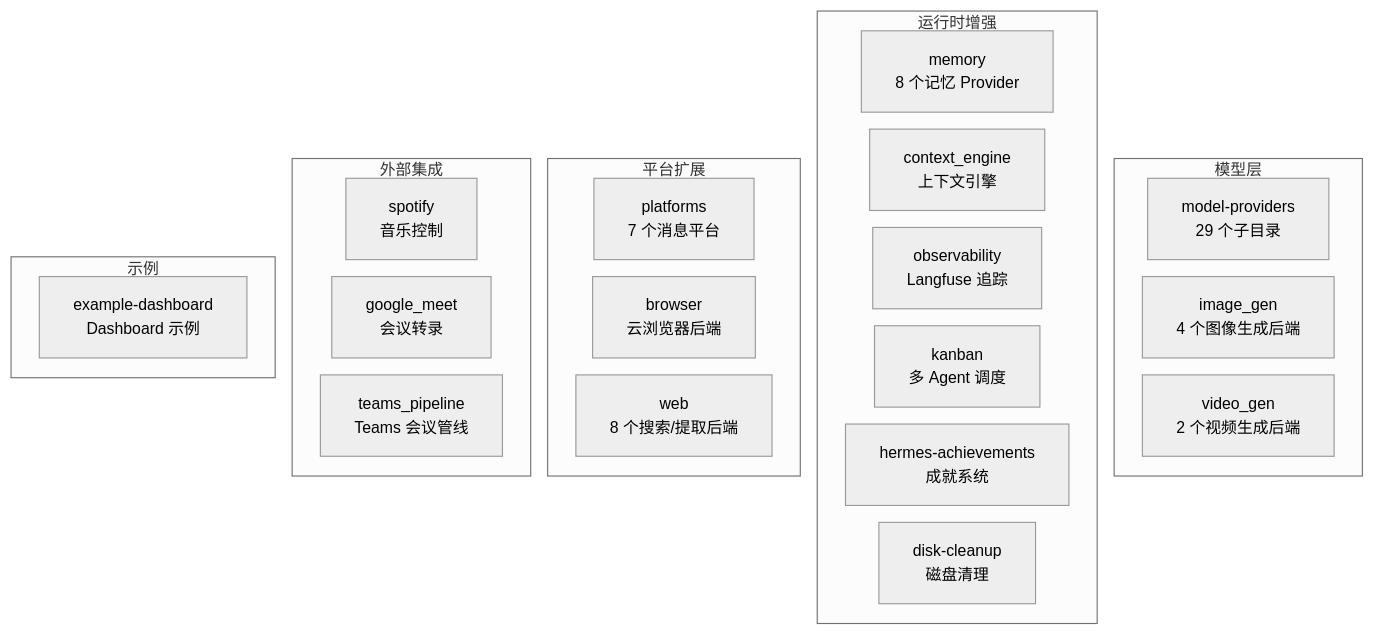
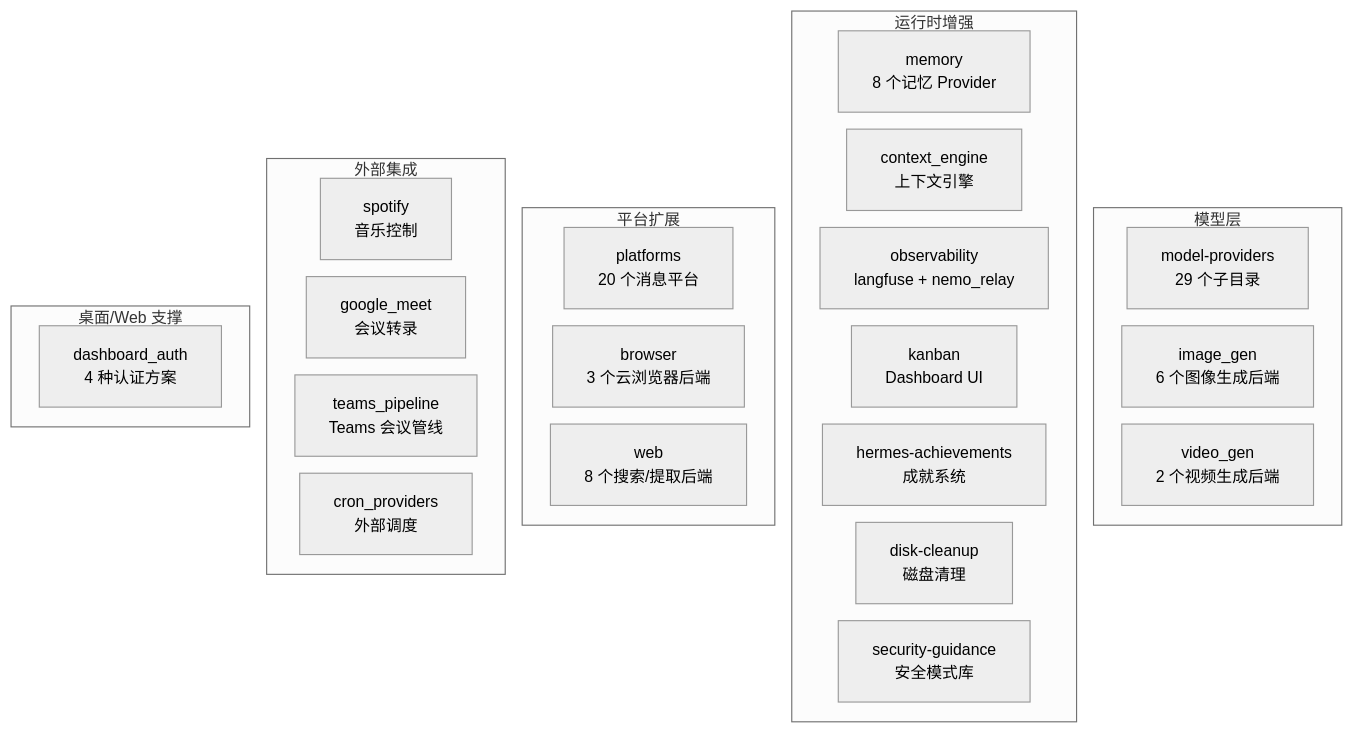
Before and after one commit to fang-lin/hermes-agent-code-analysis: the diagram in docs/zh/08-内置插件.md, drawn with Mermaid. The commit also changed other lines of this file and 6 other files, not shown here.

````diff
--- a/docs/zh/08-内置插件.md
+++ b/docs/zh/08-内置插件.md
@@ -18,30 +18,32 @@
 ```mermaid
 %%{init: {"theme": "neutral", "themeVariables": {"fontSize": "14px"}, "flowchart": {"nodeSpacing": 15, "rankSpacing": 25}}}%%
 graph TD
     subgraph MODEL ["模型层"]
         MP["model-providers<br/>29 个子目录"]
-        IMG["image_gen<br/>4 个图像生成后端"]
+        IMG["image_gen<br/>6 个图像生成后端"]
         VID["video_gen<br/>2 个视频生成后端"]
     end
     subgraph RUNTIME ["运行时增强"]
         MEM["memory<br/>8 个记忆 Provider"]
         CTX["context_engine<br/>上下文引擎"]
-        OBS["observability<br/>Langfuse 追踪"]
-        KAN["kanban<br/>多 Agent 调度"]
+        OBS["observability<br/>langfuse + nemo_relay"]
+        KAN["kanban<br/>Dashboard UI"]
         ACH["hermes-achievements<br/>成就系统"]
         DISK["disk-cleanup<br/>磁盘清理"]
+        SEC["security-guidance<br/>安全模式库"]
     end
     subgraph PLATFORM ["平台扩展"]
-        PLAT["platforms<br/>7 个消息平台"]
-        BRW["browser<br/>云浏览器后端"]
+        PLAT["platforms<br/>20 个消息平台"]
+        BRW["browser<br/>3 个云浏览器后端"]
         WEB["web<br/>8 个搜索/提取后端"]
     end
     subgraph INTEGRATION ["外部集成"]
         SPO["spotify<br/>音乐控制"]
         GM["google_meet<br/>会议转录"]
         TEAMS["teams_pipeline<br/>Teams 会议管线"]
+        CRON["cron_providers<br/>外部调度"]
     end
-    subgraph DEMO ["示例"]
-        EX["example-dashboard<br/>Dashboard 示例"]
+    subgraph DESKTOP ["桌面/Web 支撑"]
+        DA["dashboard_auth<br/>4 种认证方案"]
     end
 ```
````
